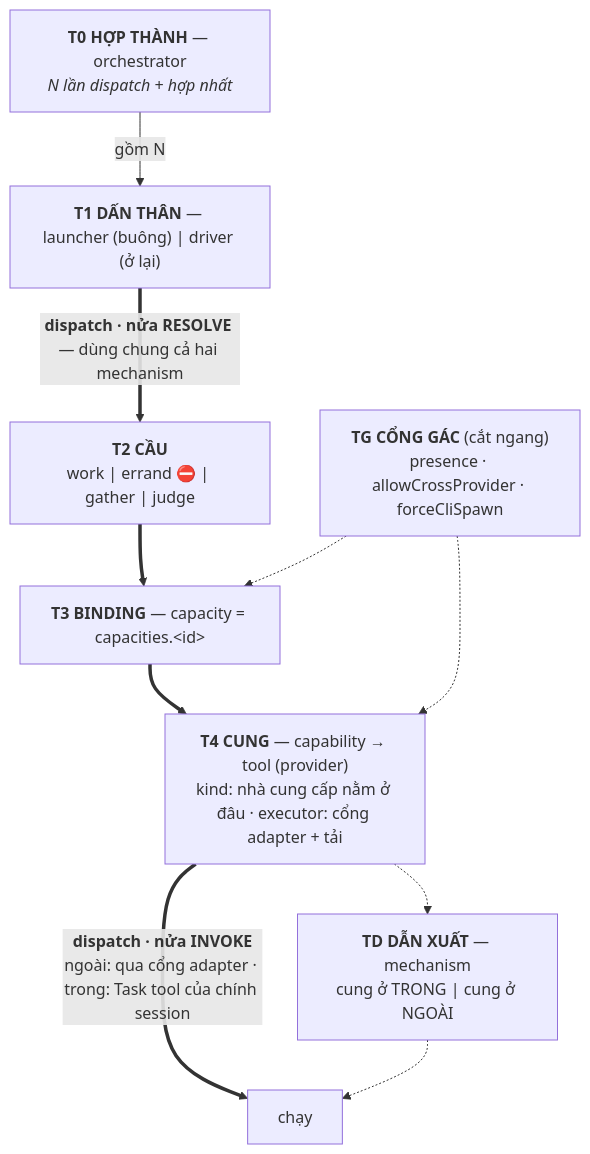
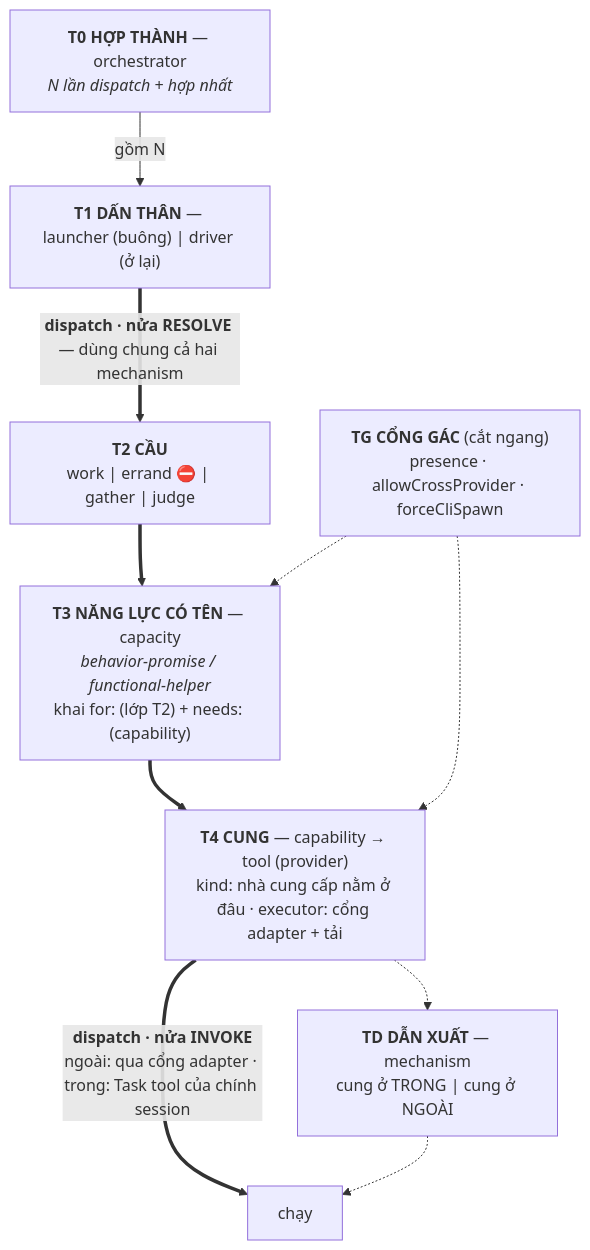
The second of 3 diagrams in docs/history/dispatch-concept-boundary/DISCUSSION.md (vantt/forgent), drawn with Mermaid before and after one commit. The commit also changed other lines of this file, not shown here.

First line of the commit message:
docs(dispatch-concept-boundary): keep the promise in the named-ability concept

````diff
--- a/docs/history/dispatch-concept-boundary/DISCUSSION.md
+++ b/docs/history/dispatch-concept-boundary/DISCUSSION.md
@@ -672,23 +704,23 @@
 ```mermaid
 flowchart TB
     ORCH["<b>T0 HỢP THÀNH</b> — orchestrator<br/><i>N lần dispatch + hợp nhất</i>"]
     ENG["<b>T1 DẤN THÂN</b> — launcher (buông) | driver (ở lại)"]
     DEM["<b>T2 CẦU</b><br/>work | errand ⛔ | gather | judge"]
-    BIND["<b>T3 BINDING</b> — capacity = capacities.&lt;id&gt;"]
+    BIND["<b>T3 NĂNG LỰC CÓ TÊN</b> — capacity<br/><i>behavior-promise / functional-helper</i><br/>khai for: (lớp T2) + needs: (capability)"]
     SUP["<b>T4 CUNG</b> — capability → tool (provider)<br/>kind: nhà cung cấp nằm ở đâu · executor: cổng adapter + tải"]
     RUN["chạy"]
 
     ORCH -->|"gồm N"| ENG
     ENG ==>|"<b>dispatch · nửa RESOLVE</b> — dùng chung cả hai mechanism"| DEM
     DEM ==> BIND
     BIND ==> SUP
     SUP ==>|"<b>dispatch · nửa INVOKE</b><br/>ngoài: qua cổng adapter · trong: Task tool của chính session"| RUN
 
     MECH["<b>TD DẪN XUẤT</b> — mechanism<br/>cung ở TRONG | cung ở NGOÀI"]
     SUP -.-> MECH
     MECH -.-> RUN
 
     GOV["<b>TG CỔNG GÁC</b> (cắt ngang)<br/>presence · allowCrossProvider · forceCliSpawn"]
     GOV -.-> BIND
     GOV -.-> SUP
 ```
````
